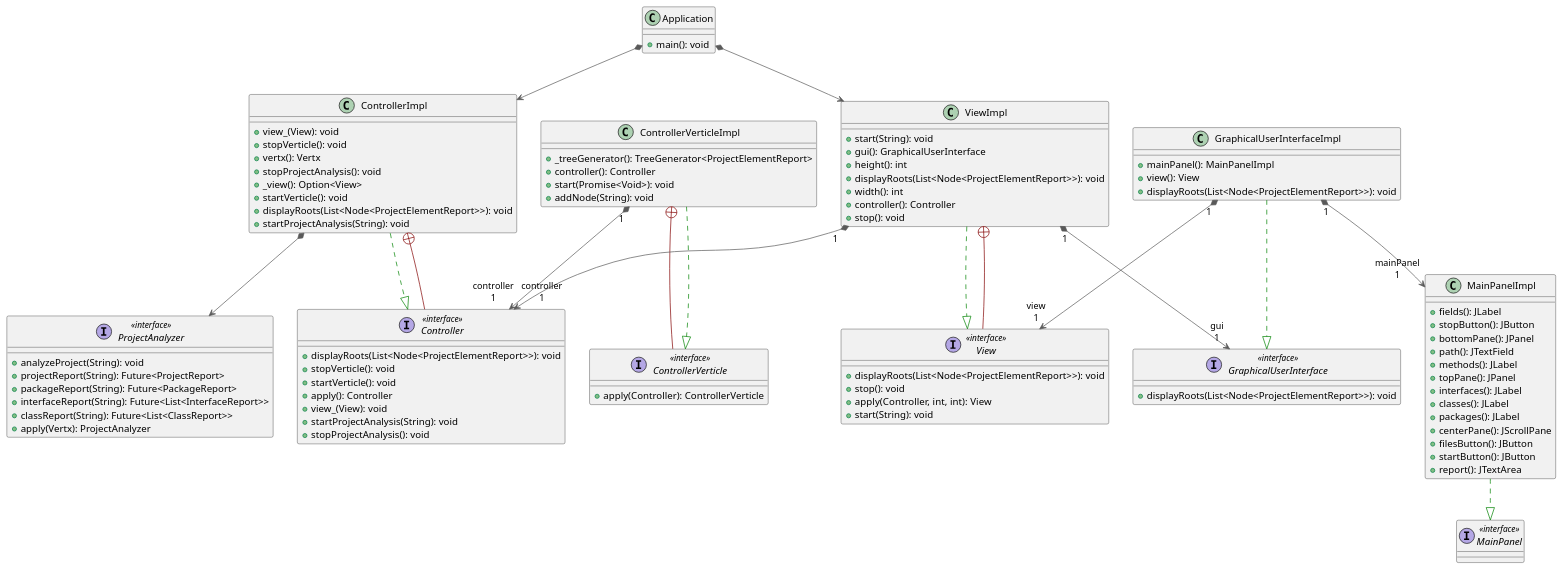
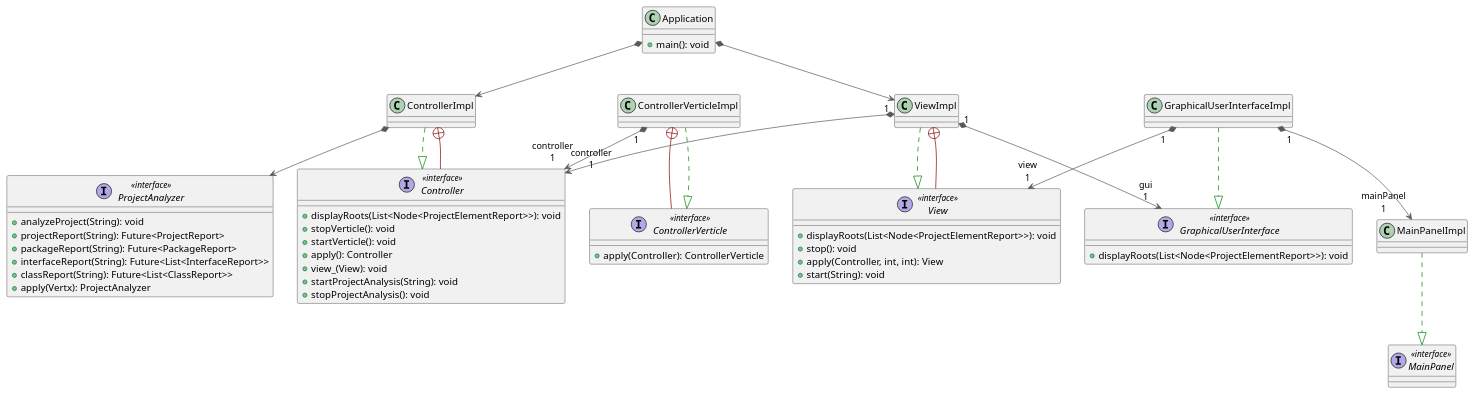
The diagram in project/src/main/uml/EDAPMVC.plantuml (FilippoVissani/assignment-02), drawn with PlantUML before and after one commit. The commit also changed 4 other files, not shown here.

Commit message:
Better UML. Added useful scripts.

```diff
--- a/project/src/main/uml/EDAPMVC.plantuml
+++ b/project/src/main/uml/EDAPMVC.plantuml
@@ -1,97 +1,57 @@
 @startuml
 class Application {
   + main(): void
 }
 interface Controller << interface >> {
   + displayRoots(List<Node<ProjectElementReport>>): void
   + stopVerticle(): void
   + startVerticle(): void
   + apply(): Controller
   + view_(View): void
   + startProjectAnalysis(String): void
   + stopProjectAnalysis(): void
 }
-class ControllerImpl {
-  + view_(View): void
-  + stopVerticle(): void
-  + vertx(): Vertx
-  + stopProjectAnalysis(): void
-  + _view(): Option<View>
-  + startVerticle(): void
-  + displayRoots(List<Node<ProjectElementReport>>): void
-  + startProjectAnalysis(String): void
-}
+class ControllerImpl
 interface ControllerVerticle << interface >> {
   + apply(Controller): ControllerVerticle
 }
-class ControllerVerticleImpl {
-  + _treeGenerator(): TreeGenerator<ProjectElementReport>
-  + controller(): Controller
-  + start(Promise<Void>): void
-  + addNode(String): void
-}
+class ControllerVerticleImpl
 interface GraphicalUserInterface << interface >> {
   + displayRoots(List<Node<ProjectElementReport>>): void
 }
-class GraphicalUserInterfaceImpl {
-  + mainPanel(): MainPanelImpl
-  + view(): View
-  + displayRoots(List<Node<ProjectElementReport>>): void
-}
+class GraphicalUserInterfaceImpl
 interface MainPanel << interface >>
-class MainPanelImpl {
-  + fields(): JLabel
-  + stopButton(): JButton
-  + bottomPane(): JPanel
-  + path(): JTextField
-  + methods(): JLabel
-  + topPane(): JPanel
-  + interfaces(): JLabel
-  + classes(): JLabel
-  + packages(): JLabel
-  + centerPane(): JScrollPane
-  + filesButton(): JButton
-  + startButton(): JButton
-  + report(): JTextArea
-}
+class MainPanelImpl
 interface ProjectAnalyzer << interface >> {
   + analyzeProject(String): void
   + projectReport(String): Future<ProjectReport>
   + packageReport(String): Future<PackageReport>
   + interfaceReport(String): Future<List<InterfaceReport>>
   + classReport(String): Future<List<ClassReport>>
   + apply(Vertx): ProjectAnalyzer
 }
 interface View << interface >> {
   + displayRoots(List<Node<ProjectElementReport>>): void
   + stop(): void
   + apply(Controller, int, int): View
   + start(String): void
 }
-class ViewImpl {
-  + start(String): void
-  + gui(): GraphicalUserInterface
-  + height(): int
-  + displayRoots(List<Node<ProjectElementReport>>): void
-  + width(): int
-  + controller(): Controller
-  + stop(): void
-}
+class ViewImpl
 
 Application *-[#595959,plain]-> ControllerImpl
 Application *-[#595959,plain]-> ViewImpl
 ControllerImpl              -[#008200,dashed]-^  Controller                 
 ControllerImpl              +-[#820000,plain]-  Controller                 
 ControllerVerticleImpl     "1" *-[#595959,plain]-> "controller\n1" Controller
 ControllerVerticleImpl      +-[#820000,plain]-  ControllerVerticle         
 ControllerVerticleImpl      -[#008200,dashed]-^  ControllerVerticle
 ControllerImpl *-[#595959,plain]-> ProjectAnalyzer
 GraphicalUserInterfaceImpl  -[#008200,dashed]-^  GraphicalUserInterface
 GraphicalUserInterfaceImpl "1" *-[#595959,plain]-> "mainPanel\n1" MainPanelImpl              
 GraphicalUserInterfaceImpl "1" *-[#595959,plain]-> "view\n1" View                       
 MainPanelImpl               -[#008200,dashed]-^  MainPanel                  
 ViewImpl                   "1" *-[#595959,plain]-> "controller\n1" Controller                 
 ViewImpl                   "1" *-[#595959,plain]-> "gui\n1" GraphicalUserInterface     
 ViewImpl                    -[#008200,dashed]-^  View                       
 ViewImpl                    +-[#820000,plain]-  View                       
 @enduml
```
